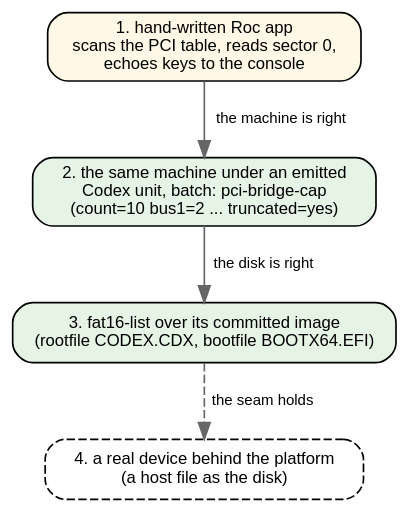
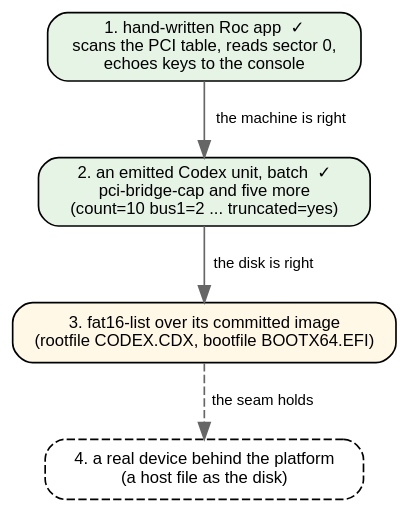
One commit to showell/essay-repl-server changed the seventh of 7 diagrams in notes/roc-machine-emulator.md. Above: the diagram before and after it, drawn with Graphviz. The commit also changed other lines of this file, not shown here.

First line of the commit message:
roc-machine-emulator: step 2, an emitted Codex unit on the machine; where Roc sits

````diff
--- a/notes/roc-machine-emulator.md
+++ b/notes/roc-machine-emulator.md
@@ -141,15 +274,15 @@
 ```dot
 digraph demo {
   rankdir=TB; bgcolor="transparent";
   node [shape=box style="rounded,filled" fontname="Helvetica" fontsize=10 fillcolor="#ffffff"];
   edge [fontname="Helvetica" fontsize=9 color="#666666"];
 
-  a [label="1. hand-written Roc app\nscans the PCI table, reads sector 0,\nechoes keys to the console" fillcolor="#fff8e6"];
-  b [label="2. the same machine under an emitted\nCodex unit, batch: pci-bridge-cap\n(count=10 bus1=2 ... truncated=yes)" fillcolor="#e6f4e6"];
-  c [label="3. fat16-list over its committed image\n(rootfile CODEX.CDX, bootfile BOOTX64.EFI)" fillcolor="#e6f4e6"];
+  a [label="1. hand-written Roc app  ✓\nscans the PCI table, reads sector 0,\nechoes keys to the console" fillcolor="#e6f4e6"];
+  b [label="2. an emitted Codex unit, batch  ✓\npci-bridge-cap and five more\n(count=10 bus1=2 ... truncated=yes)" fillcolor="#e6f4e6"];
+  c [label="3. fat16-list over its committed image\n(rootfile CODEX.CDX, bootfile BOOTX64.EFI)" fillcolor="#fff8e6"];
   d [label="4. a real device behind the platform\n(a host file as the disk)" fillcolor="#f4f4f4" style="rounded,dashed"];
   a -> b [label="the machine is right"];
   b -> c [label="the disk is right"];
   c -> d [label="the seam holds" style=dashed];
 }
 ```
````
